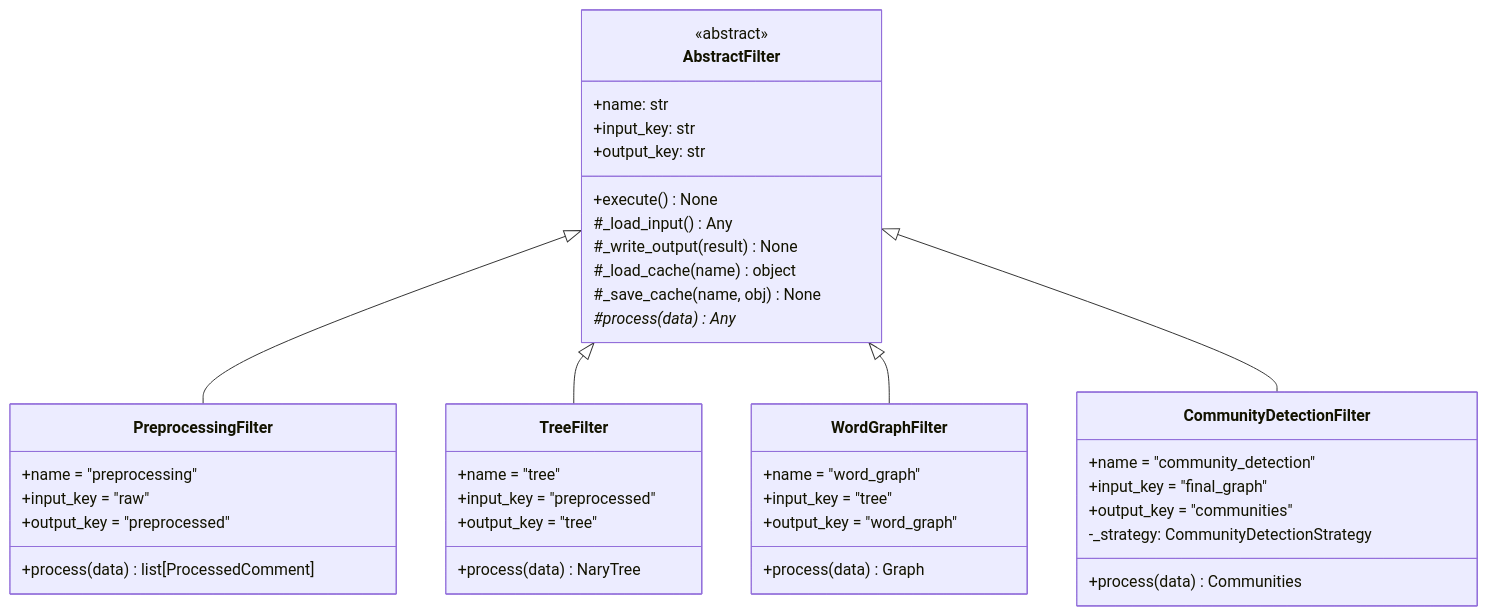
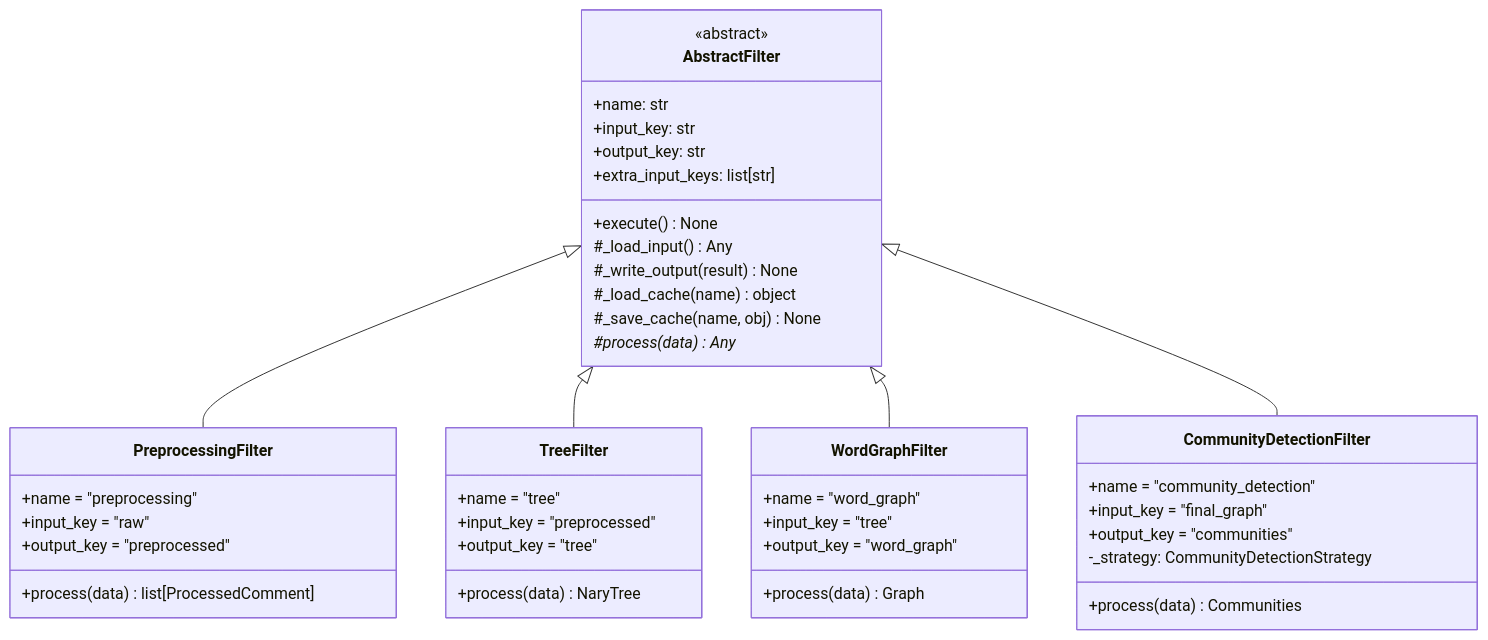
The first of 5 diagrams in docs/padroes_projeto.md (RufinoVfR/GameReviewGraph), drawn with Mermaid before and after one commit. The commit also changed other lines of this file and 5 other files, not shown here.

````diff
--- a/docs/padroes_projeto.md
+++ b/docs/padroes_projeto.md
@@ -29,49 +29,50 @@
 ```mermaid
 classDiagram
     class AbstractFilter {
         <<abstract>>
         +name: str
         +input_key: str
         +output_key: str
+        +extra_input_keys: list[str]
         +execute() None
         #_load_input() Any
         #_write_output(result) None
         #_load_cache(name) object
         #_save_cache(name, obj) None
         #process(data)* Any
     }
 
     class PreprocessingFilter {
         +name = "preprocessing"
         +input_key = "raw"
         +output_key = "preprocessed"
         +process(data) list[ProcessedComment]
     }
 
     class TreeFilter {
         +name = "tree"
         +input_key = "preprocessed"
         +output_key = "tree"
         +process(data) NaryTree
     }
 
     class WordGraphFilter {
         +name = "word_graph"
         +input_key = "tree"
         +output_key = "word_graph"
         +process(data) Graph
     }
 
     class CommunityDetectionFilter {
         +name = "community_detection"
         +input_key = "final_graph"
         +output_key = "communities"
         -_strategy: CommunityDetectionStrategy
         +process(data) Communities
     }
 
     AbstractFilter <|-- PreprocessingFilter
     AbstractFilter <|-- TreeFilter
     AbstractFilter <|-- WordGraphFilter
     AbstractFilter <|-- CommunityDetectionFilter
 ```
````
